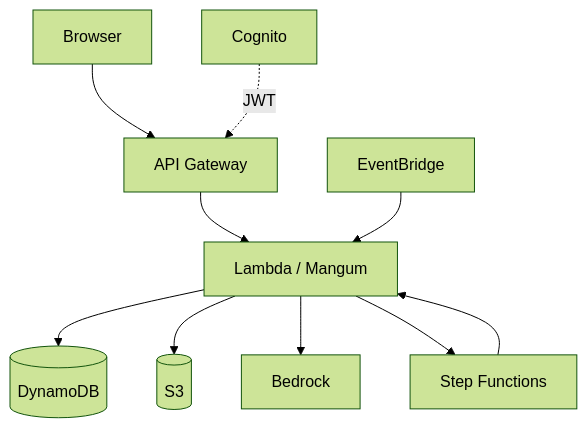
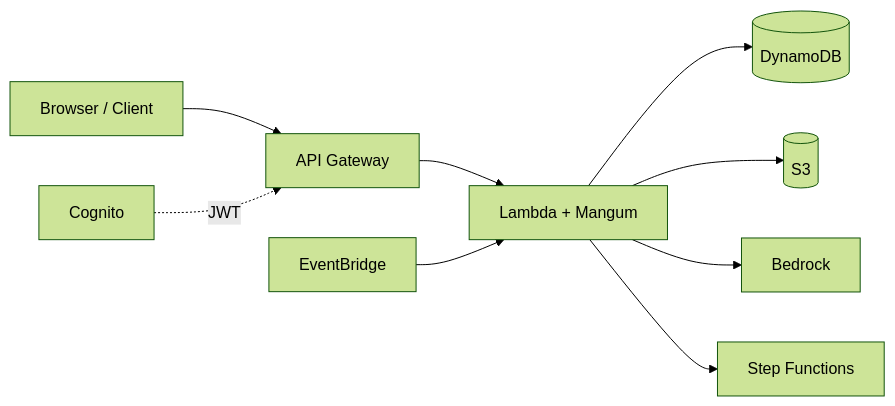
The third of 4 diagrams in docs/ARCHITECTURE.md (akashrajeev/Specloom), drawn with Mermaid (forest theme) before and after one commit. The commit also changed other lines of this file and 7 other files, not shown here.

First line of the commit message:
docs: polish architecture and documentation

```diff
--- a/docs/ARCHITECTURE.md
+++ b/docs/ARCHITECTURE.md
@@ -348,22 +321,12 @@
 ~~~mermaid
-flowchart TB
-    USER[Browser]
-    COG[Cognito]
-    API[API Gateway]
-    LAMBDA[Lambda / Mangum]
-    DDB[(DynamoDB)]
-    S3[(S3)]
-    EB[EventBridge]
-    SFN[Step Functions]
-    BED[Bedrock]
+flowchart LR
+    CLIENT[Browser / Client] --> EDGE[API Gateway]
+    AUTH[Cognito] -. JWT .-> EDGE
+    EDGE --> LAMBDA[Lambda + Mangum]
 
-    USER --> API
-    COG -. JWT .-> API
-    API --> LAMBDA
-    EB --> LAMBDA
-    LAMBDA --> DDB
-    LAMBDA --> S3
-    LAMBDA --> BED
-    LAMBDA --> SFN
-    SFN --> LAMBDA
+    LAMBDA --> DB[(DynamoDB)]
+    LAMBDA --> STORAGE[(S3)]
+    LAMBDA --> BEDROCK[Bedrock]
+    LAMBDA --> SFS[Step Functions]
+    SCHEDULE[EventBridge] --> LAMBDA
 ~~~
```
